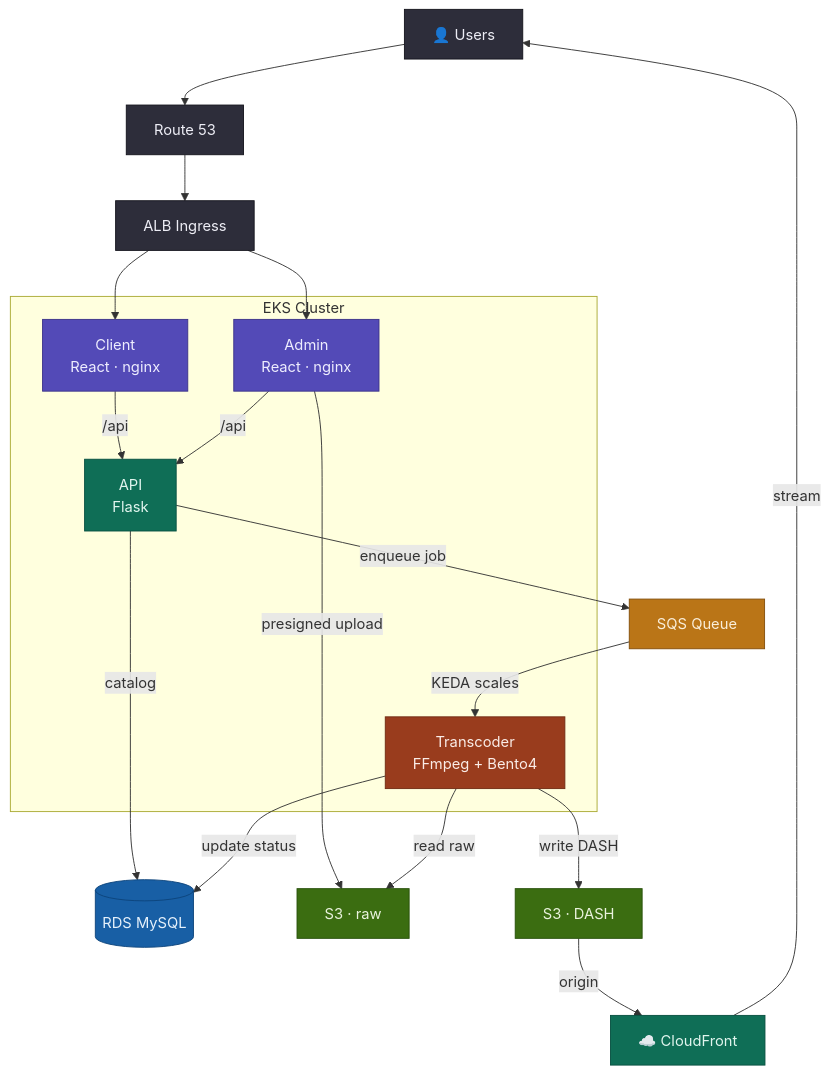
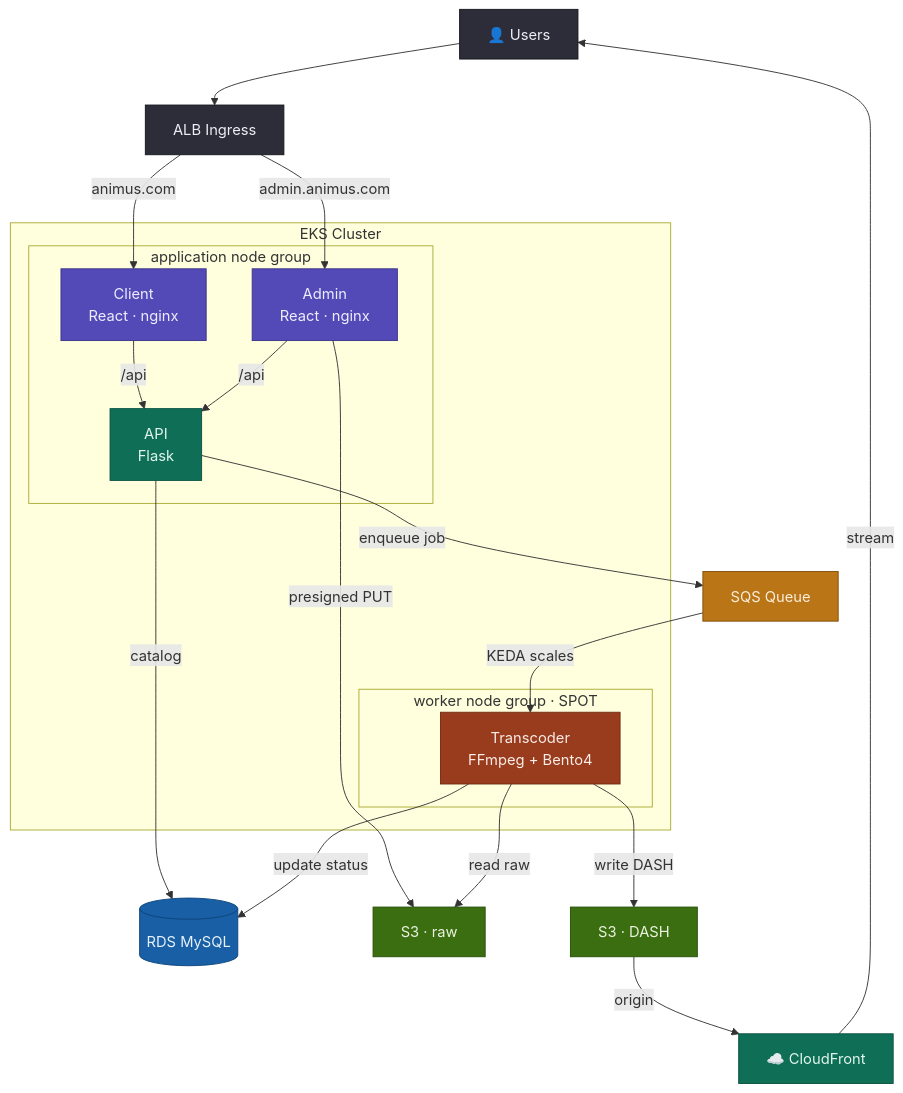
One commit to shivamsingh-07/animus changed the diagram in README.md. Above: the diagram before and after it, drawn with Mermaid. The commit also changed other lines of this file and 10 other files, not shown here.

````diff
--- a/README.md
+++ b/README.md
@@ -82,52 +82,55 @@
 ```mermaid
 flowchart TB
     User["👤 Users"]
-    R53["Route 53"]
     ALB["ALB Ingress"]
 
     subgraph EKS["EKS Cluster"]
-        CFE["Client\nReact · nginx"]
-        AFE["Admin\nReact · nginx"]
-        BE["API\nFlask"]
-        WK["Transcoder\nFFmpeg + Bento4"]
+        subgraph NGA["application node group"]
+            CFE["Client\nReact · nginx"]
+            AFE["Admin\nReact · nginx"]
+            BE["API\nFlask"]
+        end
+        subgraph NGW["worker node group · SPOT"]
+            WK["Transcoder\nFFmpeg + Bento4"]
+        end
     end
 
     DB[("RDS MySQL")]
     SQS["SQS Queue"]
     S3R["S3 · raw"]
     S3P["S3 · DASH"]
     CDN["☁️ CloudFront"]
 
-    User --> R53 --> ALB
-    ALB --> CFE
-    ALB --> AFE
+    User --> ALB
+    ALB -->|"animus.com"| CFE
+    ALB -->|"admin.animus.com"| AFE
     CFE -->|"/api"| BE
     AFE -->|"/api"| BE
-    AFE -->|"presigned upload"| S3R
+    AFE -->|"presigned PUT"| S3R
     BE -->|"catalog"| DB
     BE -->|"enqueue job"| SQS
     SQS -->|"KEDA scales"| WK
     WK -->|"read raw"| S3R
     WK -->|"write DASH"| S3P
     WK -->|"update status"| DB
     S3P -->|"origin"| CDN
     CDN -->|"stream"| User
 
     classDef edge      fill:#2D2D3A,stroke:#15151D,color:#EDEDF5
     classDef frontend  fill:#534AB7,stroke:#3C3489,color:#EEEDFE
     classDef backend   fill:#0F6E56,stroke:#085041,color:#E1F5EE
     classDef storage   fill:#185FA5,stroke:#0C447C,color:#E6F1FB
     classDef queue     fill:#BA7517,stroke:#854F0B,color:#FAEEDA
     classDef s3        fill:#3B6D11,stroke:#27500A,color:#EAF3DE
     classDef transcode fill:#993C1D,stroke:#712B13,color:#FAECE7
     classDef cdn       fill:#0F6E56,stroke:#085041,color:#E1F5EE
 
-    class User,R53,ALB edge
+    class User,ALB edge
     class CFE,AFE frontend
     class BE backend
     class DB storage
     class SQS queue
     class S3R,S3P s3
     class WK transcode
     class CDN cdn
 ```
````
